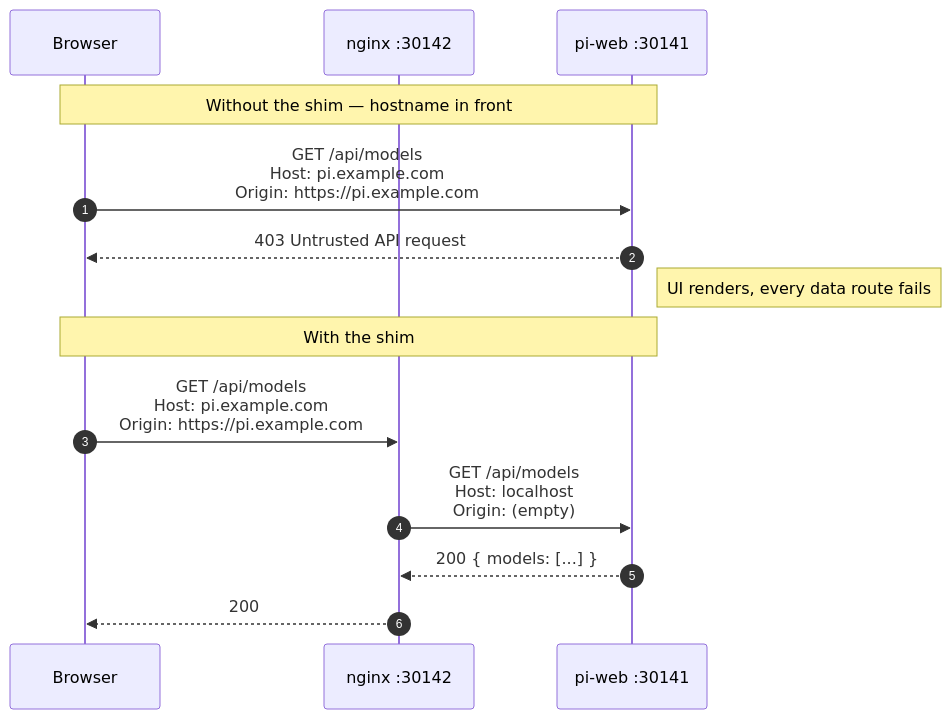
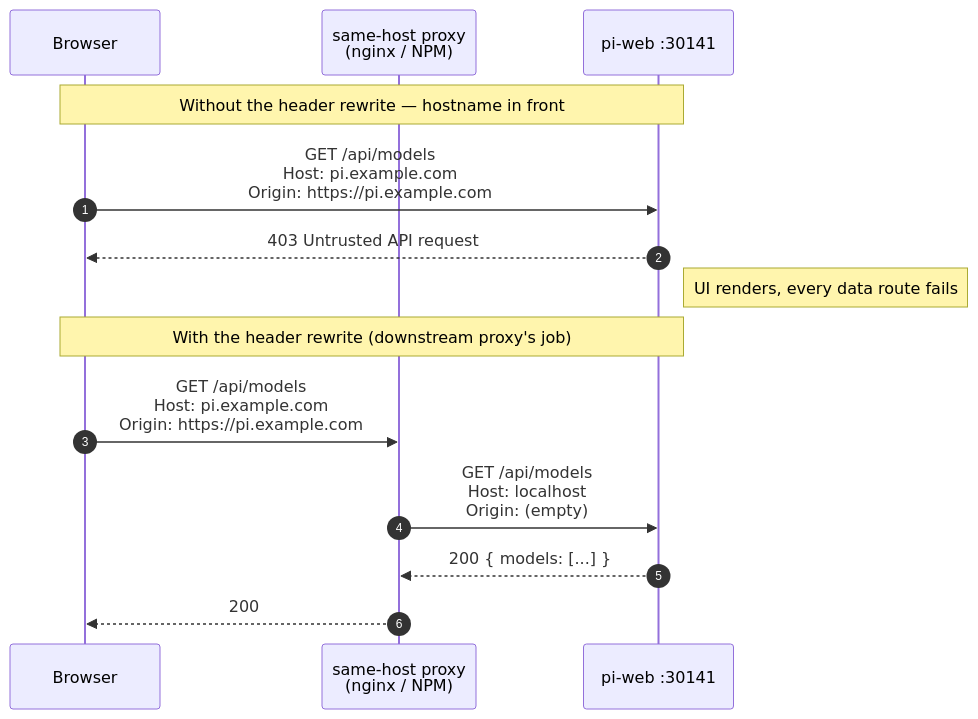
Before and after one commit to WOOWTECH/Woow_podman_pi_agent_package: the second of 5 diagrams in docs/ARCHITECTURE.md, drawn with Mermaid. The commit also changed other lines of this file and 14 other files, not shown here.

````diff
--- a/docs/ARCHITECTURE.md
+++ b/docs/ARCHITECTURE.md
@@ -65,18 +90,18 @@
 ```mermaid
 sequenceDiagram
     autonumber
     participant B as Browser
-    participant N as nginx :30142
+    participant N as same-host proxy<br/>(nginx / NPM)
     participant P as pi-web :30141
 
-    Note over B,P: Without the shim — hostname in front
+    Note over B,P: Without the header rewrite — hostname in front
     B->>P: GET /api/models<br/>Host: pi.example.com<br/>Origin: https://pi.example.com
     P-->>B: 403 Untrusted API request
     Note right of P: UI renders, every data route fails
 
-    Note over B,P: With the shim
+    Note over B,P: With the header rewrite (downstream proxy's job)
     B->>N: GET /api/models<br/>Host: pi.example.com<br/>Origin: https://pi.example.com
     N->>P: GET /api/models<br/>Host: localhost<br/>Origin: (empty)
     P-->>N: 200 { models: [...] }
     N-->>B: 200
 ```
````
